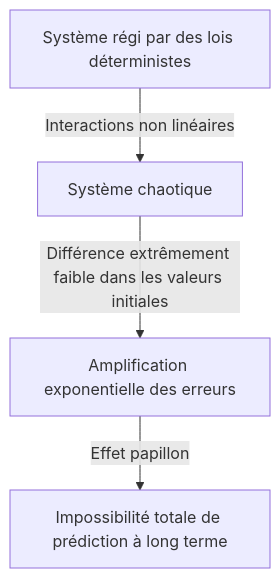
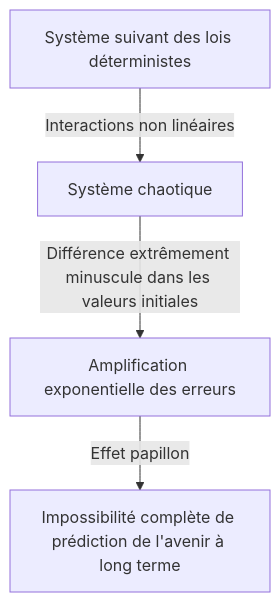
One commit to kenjinote/blog changed the first of 2 diagrams in content/post/chaos-theory/index.fr.md. Above: the diagram before and after it, drawn with Mermaid. The commit also changed other lines of this file and 97 other files, not shown here.

````diff
--- a/content/post/chaos-theory/index.fr.md
+++ b/content/post/chaos-theory/index.fr.md
@@ -38,6 +38,6 @@
 ```mermaid
 graph TD
-    A["Système régi par des lois déterministes"] -->|"Interactions non linéaires"| B["Système chaotique"]
-    B -->|"Différence extrêmement faible dans les valeurs initiales"| C["Amplification exponentielle des erreurs"]
-    C -->|"Effet papillon"| D["Impossibilité totale de prédiction à long terme"]
+    A["Système suivant des lois déterministes"] -->|"Interactions non linéaires"| B["Système chaotique"]
+    B -->|"Différence extrêmement minuscule dans les valeurs initiales"| C["Amplification exponentielle des erreurs"]
+    C -->|"Effet papillon"| D["Impossibilité complète de prédiction de l'avenir à long terme"]
 ```
````
